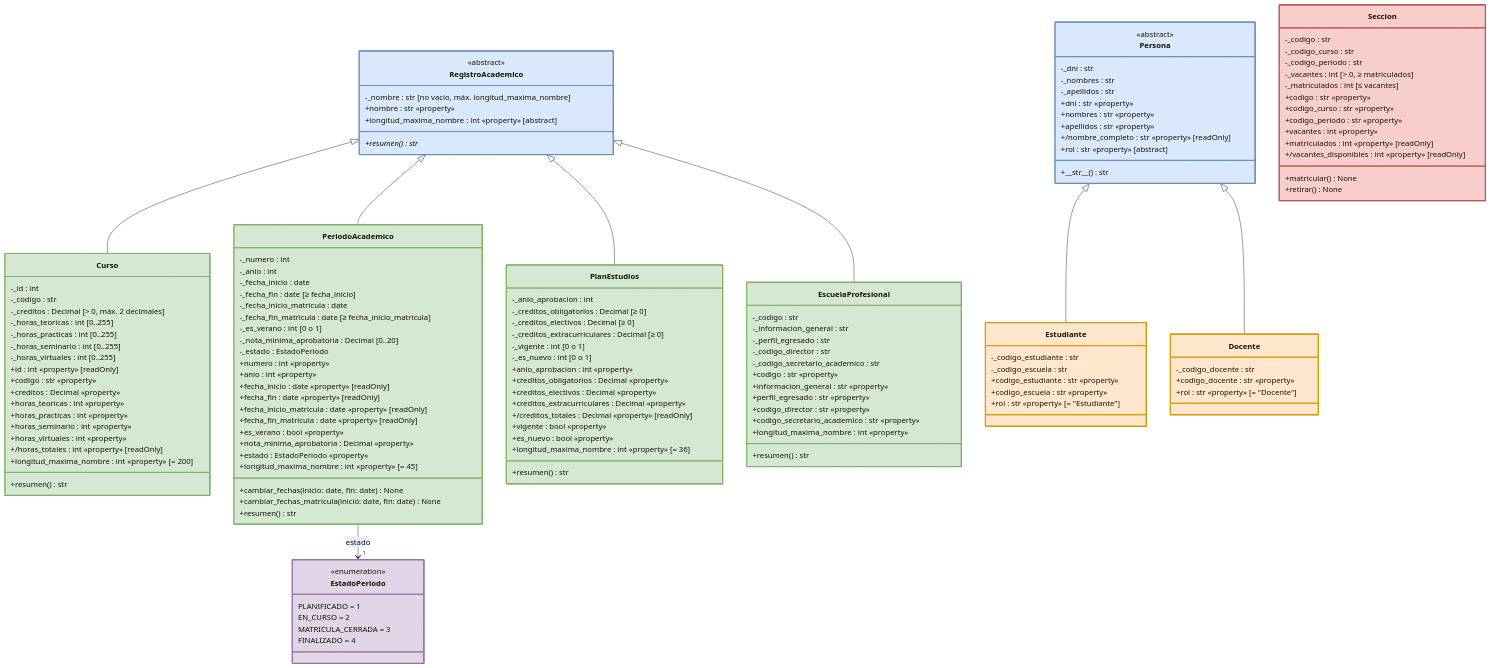
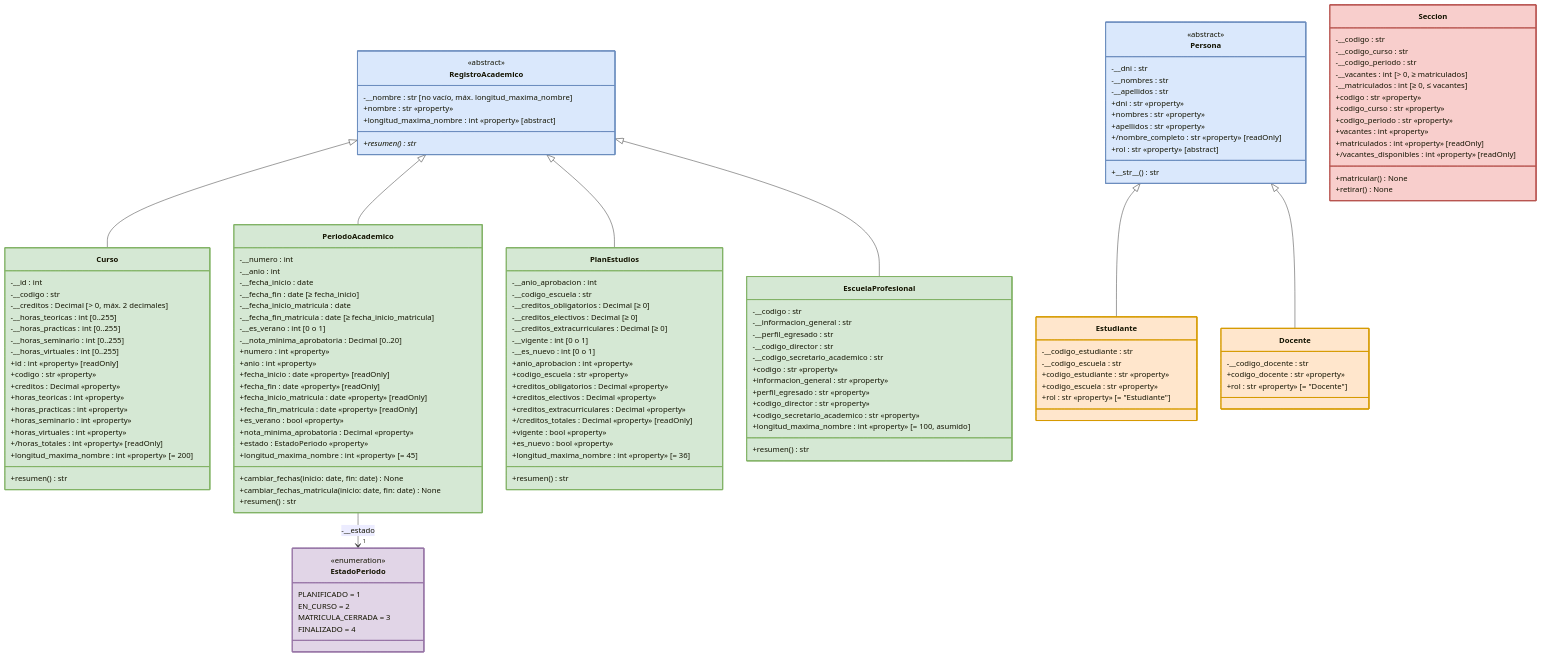
The diagram in docs/uml/diagrama_clases.mmd (Roki-7/caso-oti), drawn with Mermaid before and after one commit. The commit also changed 22 other files, not shown here.

First line of the commit message:
Corrige diagrama según el texto: atributos privados, asociación del estado, escuela del plan

```diff
--- a/docs/uml/diagrama_clases.mmd
+++ b/docs/uml/diagrama_clases.mmd
@@ -1,158 +1,159 @@
 classDiagram
     direction TB
 
     class RegistroAcademico {
         <<abstract>>
-        -_nombre : str [no vacío, máx. longitud_maxima_nombre]
+        -#95;#95;nombre : str [no vacío, máx. longitud_maxima_nombre]
         +nombre : str «property»
         +longitud_maxima_nombre : int «property» [abstract]
         +resumen()* str
     }
 
     class Curso {
-        -_id : int
-        -_codigo : str
-        -_creditos : Decimal [> 0, máx. 2 decimales]
-        -_horas_teoricas : int [0..255]
-        -_horas_practicas : int [0..255]
-        -_horas_seminario : int [0..255]
-        -_horas_virtuales : int [0..255]
+        -#95;#95;id : int
+        -#95;#95;codigo : str
+        -#95;#95;creditos : Decimal [> 0, máx. 2 decimales]
+        -#95;#95;horas_teoricas : int [0..255]
+        -#95;#95;horas_practicas : int [0..255]
+        -#95;#95;horas_seminario : int [0..255]
+        -#95;#95;horas_virtuales : int [0..255]
         +id : int «property» [readOnly]
         +codigo : str «property»
         +creditos : Decimal «property»
         +horas_teoricas : int «property»
         +horas_practicas : int «property»
         +horas_seminario : int «property»
         +horas_virtuales : int «property»
         +/horas_totales : int «property» [readOnly]
         +longitud_maxima_nombre : int «property» [= 200]
         +resumen() str
     }
 
     class PeriodoAcademico {
-        -_numero : int
-        -_anio : int
-        -_fecha_inicio : date
-        -_fecha_fin : date [≥ fecha_inicio]
-        -_fecha_inicio_matricula : date
-        -_fecha_fin_matricula : date [≥ fecha_inicio_matricula]
-        -_es_verano : int [0 o 1]
-        -_nota_minima_aprobatoria : Decimal [0..20]
-        -_estado : EstadoPeriodo
+        -#95;#95;numero : int
+        -#95;#95;anio : int
+        -#95;#95;fecha_inicio : date
+        -#95;#95;fecha_fin : date [≥ fecha_inicio]
+        -#95;#95;fecha_inicio_matricula : date
+        -#95;#95;fecha_fin_matricula : date [≥ fecha_inicio_matricula]
+        -#95;#95;es_verano : int [0 o 1]
+        -#95;#95;nota_minima_aprobatoria : Decimal [0..20]
         +numero : int «property»
         +anio : int «property»
         +fecha_inicio : date «property» [readOnly]
         +fecha_fin : date «property» [readOnly]
         +fecha_inicio_matricula : date «property» [readOnly]
         +fecha_fin_matricula : date «property» [readOnly]
         +es_verano : bool «property»
         +nota_minima_aprobatoria : Decimal «property»
         +estado : EstadoPeriodo «property»
         +longitud_maxima_nombre : int «property» [= 45]
         +cambiar_fechas(inicio: date, fin: date) None
         +cambiar_fechas_matricula(inicio: date, fin: date) None
         +resumen() str
     }
 
     class PlanEstudios {
-        -_anio_aprobacion : int
-        -_creditos_obligatorios : Decimal [≥ 0]
-        -_creditos_electivos : Decimal [≥ 0]
-        -_creditos_extracurriculares : Decimal [≥ 0]
-        -_vigente : int [0 o 1]
-        -_es_nuevo : int [0 o 1]
+        -#95;#95;anio_aprobacion : int
+        -#95;#95;codigo_escuela : str
+        -#95;#95;creditos_obligatorios : Decimal [≥ 0]
+        -#95;#95;creditos_electivos : Decimal [≥ 0]
+        -#95;#95;creditos_extracurriculares : Decimal [≥ 0]
+        -#95;#95;vigente : int [0 o 1]
+        -#95;#95;es_nuevo : int [0 o 1]
         +anio_aprobacion : int «property»
+        +codigo_escuela : str «property»
         +creditos_obligatorios : Decimal «property»
         +creditos_electivos : Decimal «property»
         +creditos_extracurriculares : Decimal «property»
         +/creditos_totales : Decimal «property» [readOnly]
         +vigente : bool «property»
         +es_nuevo : bool «property»
         +longitud_maxima_nombre : int «property» [= 36]
         +resumen() str
     }
 
     class EscuelaProfesional {
-        -_codigo : str
-        -_informacion_general : str
-        -_perfil_egresado : str
-        -_codigo_director : str
-        -_codigo_secretario_academico : str
+        -#95;#95;codigo : str
+        -#95;#95;informacion_general : str
+        -#95;#95;perfil_egresado : str
+        -#95;#95;codigo_director : str
+        -#95;#95;codigo_secretario_academico : str
         +codigo : str «property»
         +informacion_general : str «property»
         +perfil_egresado : str «property»
         +codigo_director : str «property»
         +codigo_secretario_academico : str «property»
-        +longitud_maxima_nombre : int «property»
+        +longitud_maxima_nombre : int «property» [= 100, asumido]
         +resumen() str
     }
 
     class Persona {
         <<abstract>>
-        -_dni : str
-        -_nombres : str
-        -_apellidos : str
+        -#95;#95;dni : str
+        -#95;#95;nombres : str
+        -#95;#95;apellidos : str
         +dni : str «property»
         +nombres : str «property»
         +apellidos : str «property»
         +/nombre_completo : str «property» [readOnly]
         +rol : str «property» [abstract]
         +#95;#95;str#95;#95;() str
     }
 
     class Estudiante {
-        -_codigo_estudiante : str
-        -_codigo_escuela : str
+        -#95;#95;codigo_estudiante : str
+        -#95;#95;codigo_escuela : str
         +codigo_estudiante : str «property»
         +codigo_escuela : str «property»
         +rol : str «property» [= "Estudiante"]
     }
 
     class Docente {
-        -_codigo_docente : str
+        -#95;#95;codigo_docente : str
         +codigo_docente : str «property»
         +rol : str «property» [= "Docente"]
     }
 
     class Seccion {
-        -_codigo : str
-        -_codigo_curso : str
-        -_codigo_periodo : str
-        -_vacantes : int [> 0, ≥ matriculados]
-        -_matriculados : int [≤ vacantes]
+        -#95;#95;codigo : str
+        -#95;#95;codigo_curso : str
+        -#95;#95;codigo_periodo : str
+        -#95;#95;vacantes : int [> 0, ≥ matriculados]
+        -#95;#95;matriculados : int [≥ 0, ≤ vacantes]
         +codigo : str «property»
         +codigo_curso : str «property»
         +codigo_periodo : str «property»
         +vacantes : int «property»
         +matriculados : int «property» [readOnly]
         +/vacantes_disponibles : int «property» [readOnly]
         +matricular() None
         +retirar() None
     }
 
     class EstadoPeriodo {
         <<enumeration>>
         PLANIFICADO = 1
         EN_CURSO = 2
         MATRICULA_CERRADA = 3
         FINALIZADO = 4
     }
 
     RegistroAcademico <|-- Curso
     RegistroAcademico <|-- PeriodoAcademico
     RegistroAcademico <|-- PlanEstudios
     RegistroAcademico <|-- EscuelaProfesional
     Persona <|-- Estudiante
     Persona <|-- Docente
-    PeriodoAcademico --> "1" EstadoPeriodo : estado
+    PeriodoAcademico --> "1" EstadoPeriodo : -#95;#95;estado
 
     style RegistroAcademico fill:#DAE8FC,stroke:#6C8EBF,stroke-width:2px
     style Curso fill:#D5E8D4,stroke:#82B366,stroke-width:2px
     style PeriodoAcademico fill:#D5E8D4,stroke:#82B366,stroke-width:2px
     style PlanEstudios fill:#D5E8D4,stroke:#82B366,stroke-width:2px
     style EscuelaProfesional fill:#D5E8D4,stroke:#82B366,stroke-width:2px
     style Persona fill:#DAE8FC,stroke:#6C8EBF,stroke-width:2px
     style Estudiante fill:#FFE6CC,stroke:#D79B00,stroke-width:2px
     style Docente fill:#FFE6CC,stroke:#D79B00,stroke-width:2px
     style Seccion fill:#F8CECC,stroke:#B85450,stroke-width:2px
     style EstadoPeriodo fill:#E1D5E7,stroke:#9673A6,stroke-width:2px
```
